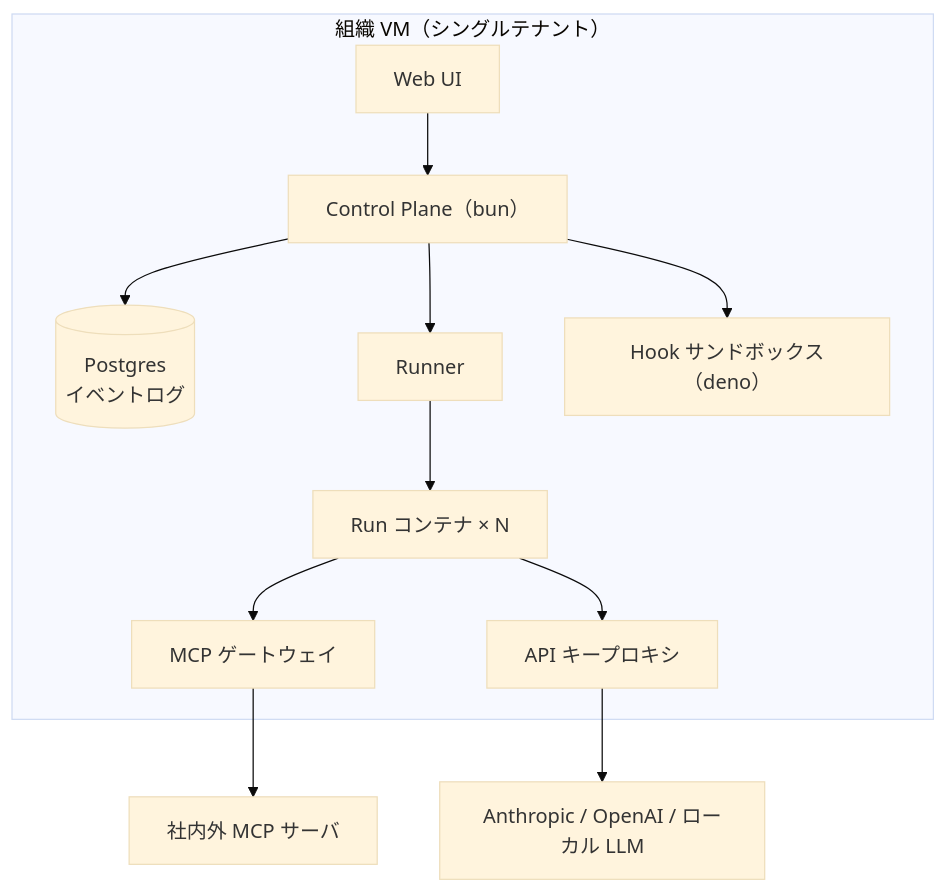
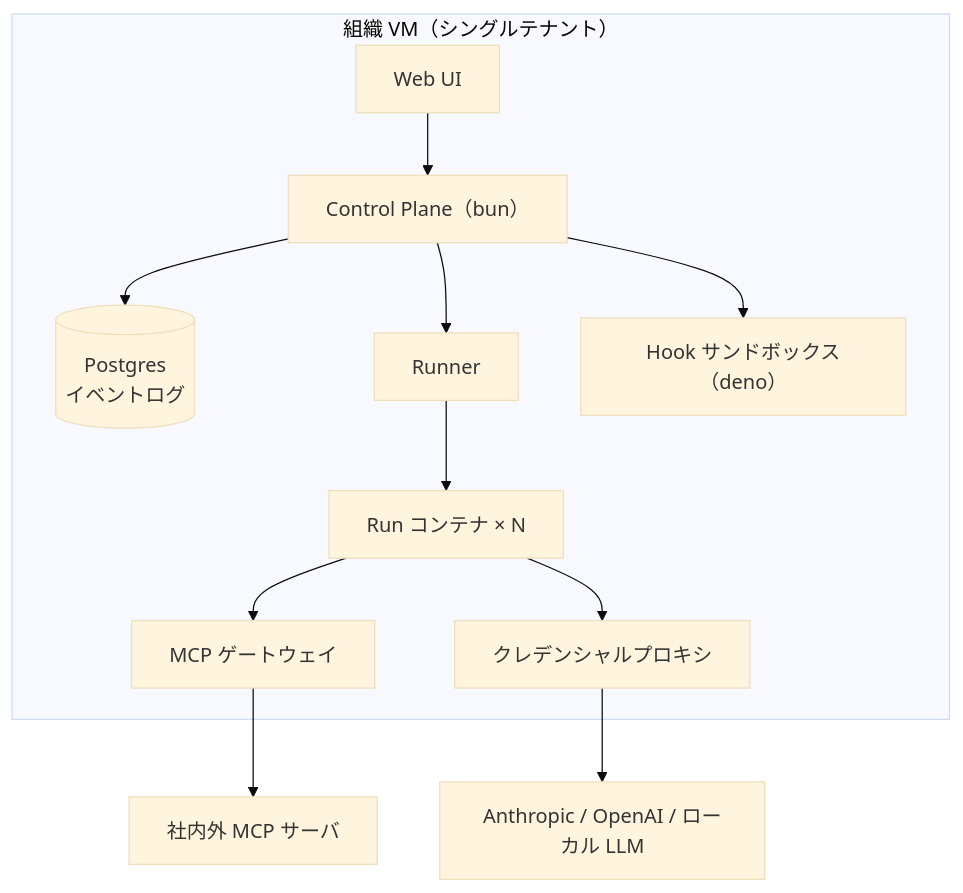
One commit to 326-T/kanban-workspace changed the diagram in docs/runtime/architecture.md. Above: the diagram before and after it, drawn with Mermaid (base theme). The commit also changed other lines of this file and 6 other files, not shown here.

````diff
--- a/docs/runtime/architecture.md
+++ b/docs/runtime/architecture.md
@@ -13,14 +13,14 @@
 ```mermaid
 graph TB
     subgraph vm[組織 VM（シングルテナント）]
         ui[Web UI] --> cp[Control Plane（bun）]
         cp --> db[(Postgres<br/>イベントログ)]
         cp --> runner[Runner]
         runner --> c1[Run コンテナ × N]
         c1 --> gw[MCP ゲートウェイ]
-        c1 --> kp[API キープロキシ]
+        c1 --> kp[クレデンシャルプロキシ]
         cp --> hooks[Hook サンドボックス（deno）]
     end
     kp --> llm[Anthropic / OpenAI / ローカル LLM]
     gw --> mcp[社内外 MCP サーバ]
 ```
````
